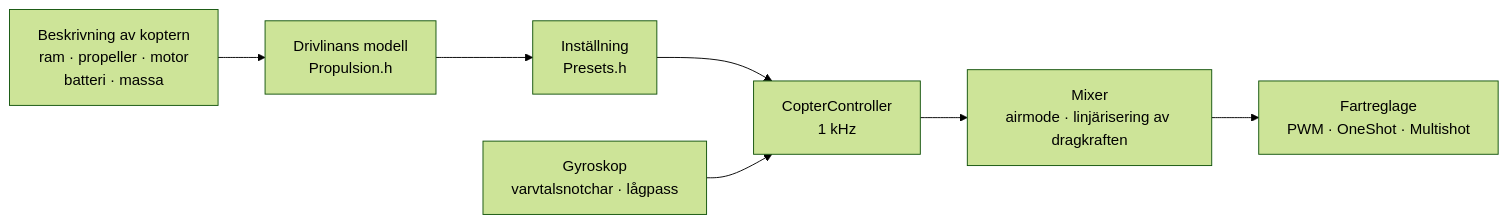
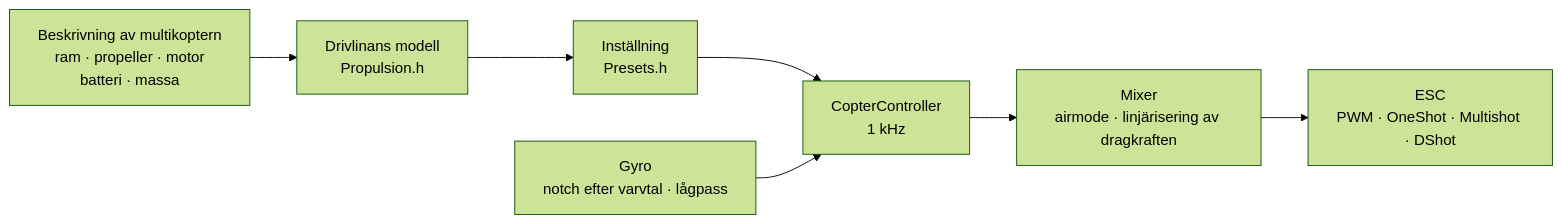
One commit to damir-lebedev/OpenPlaneProject changed the diagram in docs/i18n/sv/COPTER.md. Above: the diagram before and after it, drawn with Mermaid (forest theme). The commit also changed other lines of this file and 21 other files, not shown here.

````diff
--- a/docs/i18n/sv/COPTER.md
+++ b/docs/i18n/sv/COPTER.md
@@ -19,9 +20,9 @@
 ```mermaid
 flowchart LR
-    D["Beskrivning av koptern<br/>ram · propeller · motor<br/>batteri · massa"] --> M["Drivlinans modell<br/>Propulsion.h"]
+    D["Beskrivning av multikoptern<br/>ram · propeller · motor<br/>batteri · massa"] --> M["Drivlinans modell<br/>Propulsion.h"]
     M --> T["Inställning<br/>Presets.h"]
     T --> C["CopterController<br/>1 kHz"]
-    G["Gyroskop<br/>varvtalsnotchar · lågpass"] --> C
+    G["Gyro<br/>notch efter varvtal · lågpass"] --> C
     C --> X["Mixer<br/>airmode · linjärisering av dragkraften"]
-    X --> E["Fartreglage<br/>PWM · OneShot · Multishot"]
+    X --> E["ESC<br/>PWM · OneShot · Multishot · DShot"]
 ```
````
